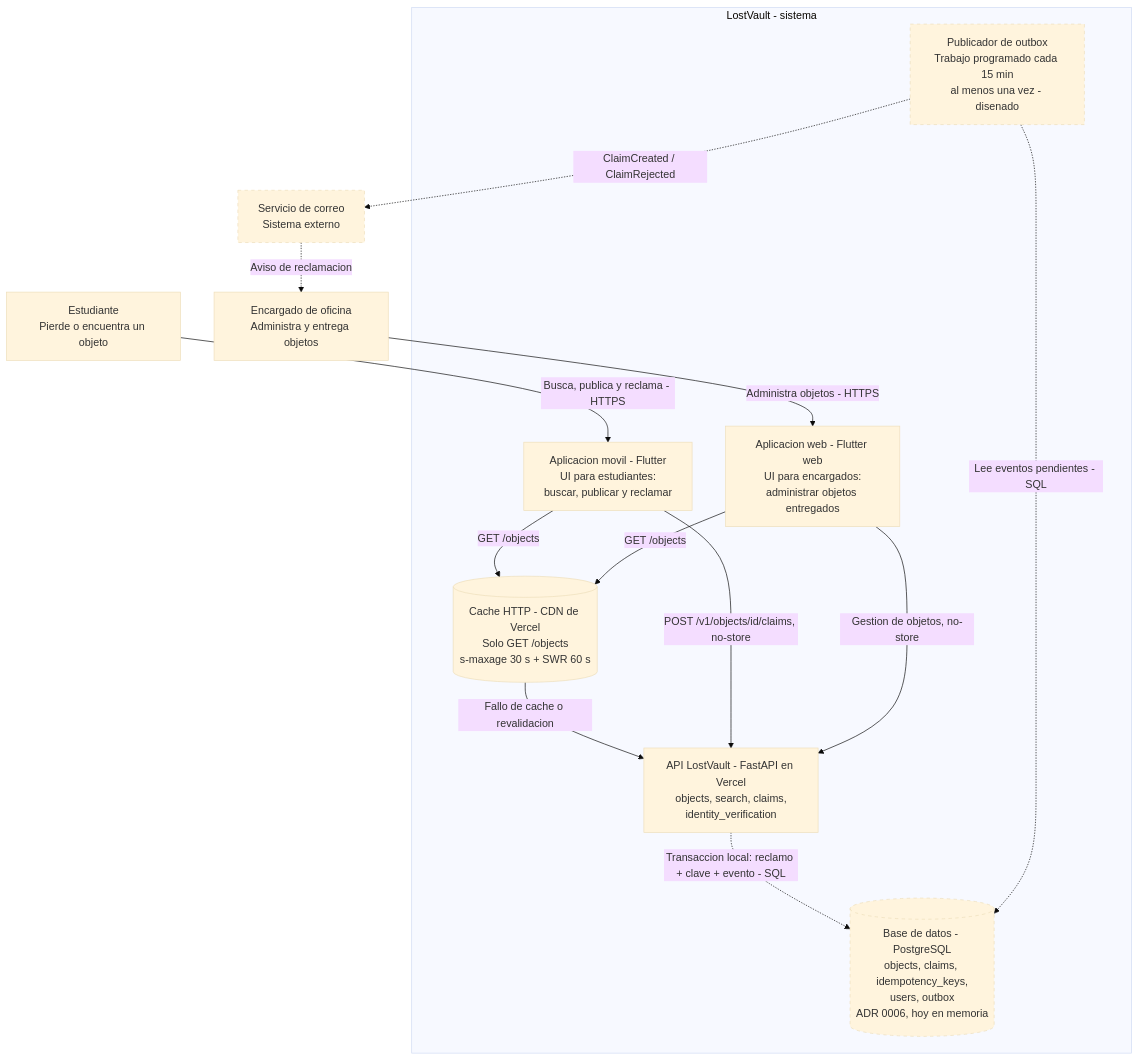
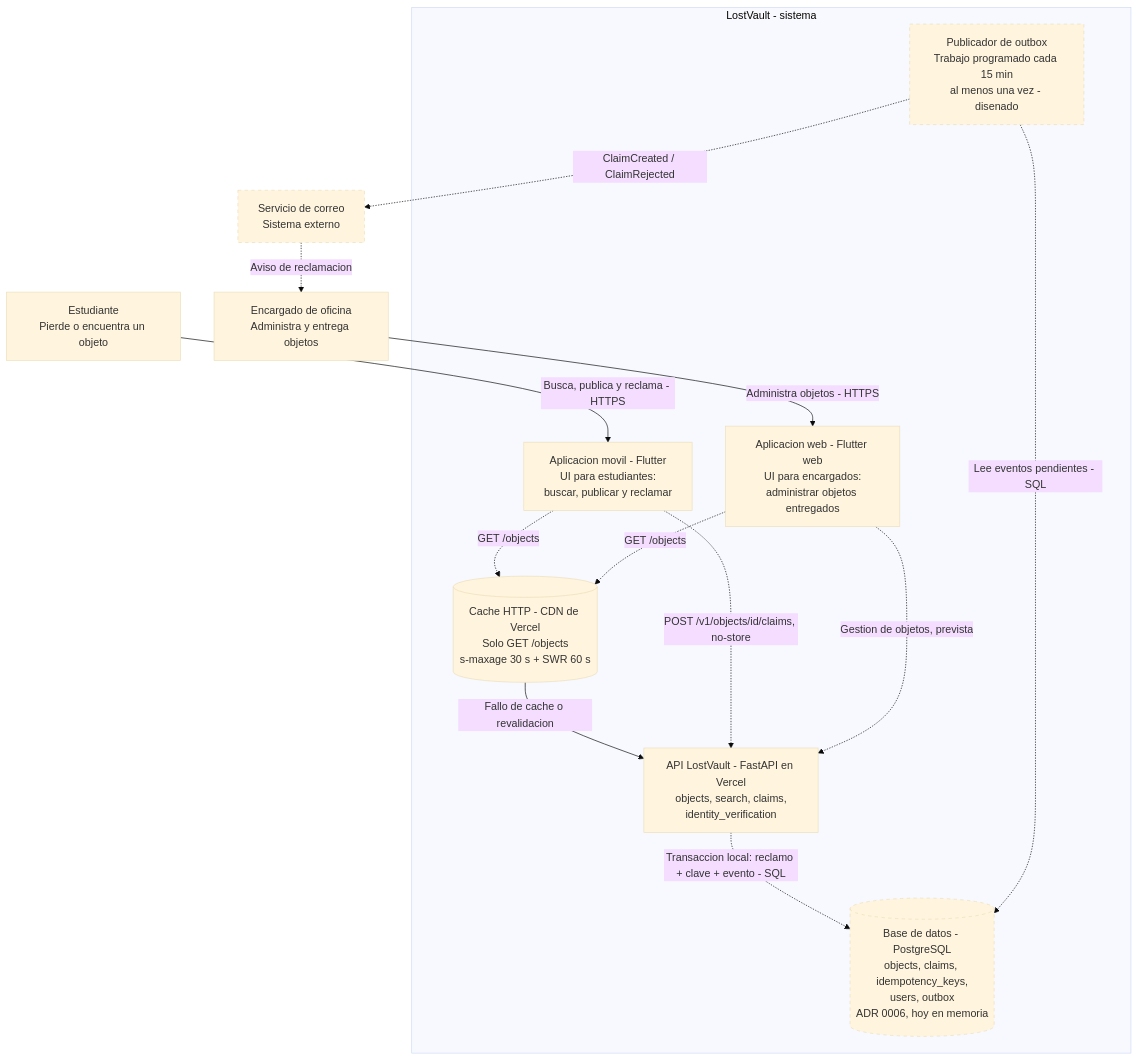
Before and after one commit to ISCOUTB/AS_202620_LostVault: the diagram in docs/c4/c4_nivel2.md, drawn with Mermaid (base theme). The commit also changed other lines of this file and 9 other files, not shown here.

````diff
--- a/docs/c4/c4_nivel2.md
+++ b/docs/c4/c4_nivel2.md
@@ -13,31 +15,31 @@
 ```mermaid
 flowchart TB
     student["Estudiante<br/>Pierde o encuentra un objeto"]
     staff["Encargado de oficina<br/>Administra y entrega objetos"]
 
     subgraph lostvault["LostVault - sistema"]
         mobile["Aplicacion movil - Flutter<br/>UI para estudiantes:<br/>buscar, publicar y reclamar"]
         web["Aplicacion web - Flutter web<br/>UI para encargados:<br/>administrar objetos entregados"]
         cdn[("Cache HTTP - CDN de Vercel<br/>Solo GET /objects<br/>s-maxage 30 s + SWR 60 s")]
         api["API LostVault - FastAPI en Vercel<br/>objects, search, claims,<br/>identity_verification"]
         db[("Base de datos - PostgreSQL<br/>objects, claims, idempotency_keys,<br/>users, outbox<br/>ADR 0006, hoy en memoria")]
         publisher["Publicador de outbox<br/>Trabajo programado cada 15 min<br/>al menos una vez - disenado"]
     end
 
     mail["Servicio de correo<br/>Sistema externo"]
 
     student -->|"Busca, publica y reclama - HTTPS"| mobile
     staff -->|"Administra objetos - HTTPS"| web
-    mobile -->|"GET /objects"| cdn
-    web -->|"GET /objects"| cdn
+    mobile -.->|"GET /objects"| cdn
+    web -.->|"GET /objects"| cdn
     cdn -->|"Fallo de cache o revalidacion"| api
-    mobile -->|"POST /v1/objects/id/claims, no-store"| api
-    web -->|"Gestion de objetos, no-store"| api
+    mobile -.->|"POST /v1/objects/id/claims, no-store"| api
+    web -.->|"Gestion de objetos, prevista"| api
     api -.->|"Transaccion local: reclamo + clave + evento - SQL"| db
     publisher -.->|"Lee eventos pendientes - SQL"| db
     publisher -.->|"ClaimCreated / ClaimRejected"| mail
     mail -.->|"Aviso de reclamacion"| staff
 
     classDef planned stroke-dasharray: 5 5
     class db,publisher,mail planned
 ```
````
